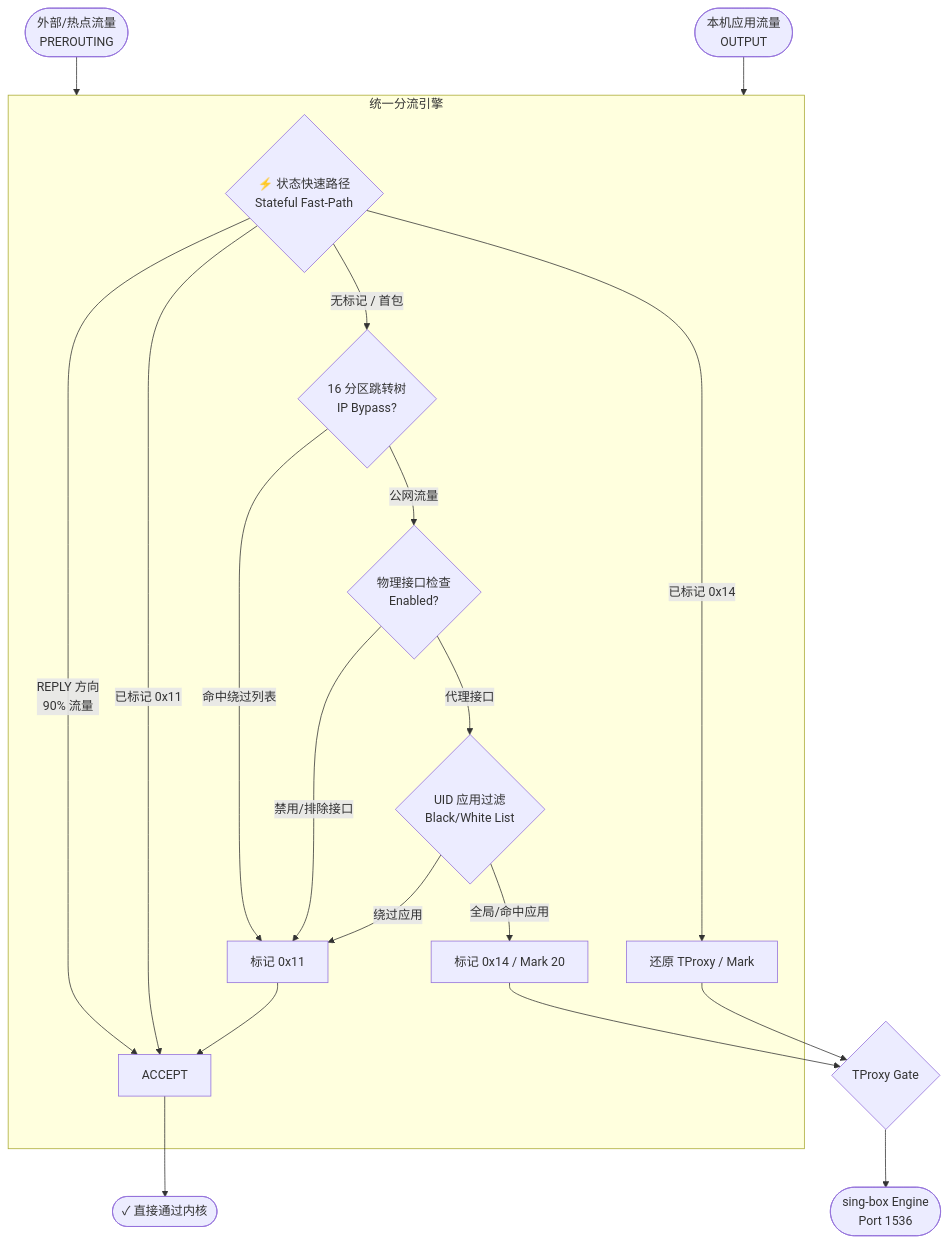
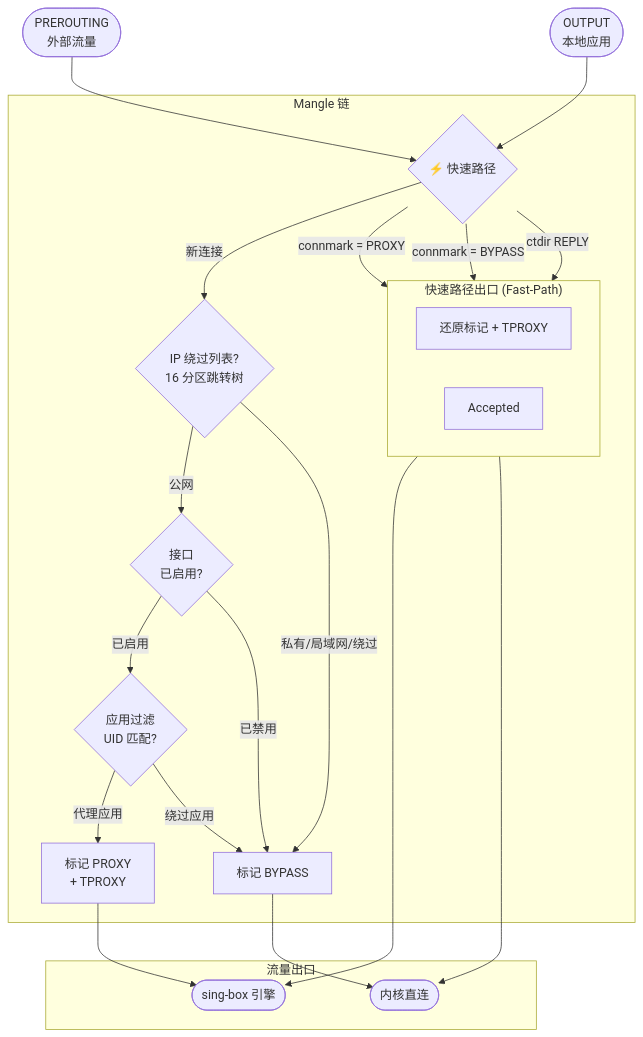
The second of 2 diagrams in README_zh.md (Chth1z/Flux), drawn with Mermaid before and after one commit. The commit also changed other lines of this file and 2 other files, not shown here.

````diff
--- a/README_zh.md
+++ b/README_zh.md
@@ -106,37 +100,48 @@
 ```mermaid
 graph TD
-    %% 入口
-    In_Pre([外部/热点流量<br/>PREROUTING]) --> Common
-    In_Out([本机应用流量<br/>OUTPUT]) --> Common
+    Pre([PREROUTING<br/>外部流量]) --> Fast
+    Out([OUTPUT<br/>本地应用]) --> Fast
 
-    subgraph Common [统一分流引擎]
-        %% 第一层：⚡ 快速路径
-        Fast{⚡ 状态快速路径<br/>Stateful Fast-Path}
+    subgraph Chain ["Mangle 链"]
+        Fast{⚡ 快速路径}
         
-        Fast -->|REPLY 方向<br/>90% 流量| ACCEPT
-        Fast -->|已标记 0x11| ACCEPT
-        Fast -->|已标记 0x14| Recovery[还原 TProxy / Mark]
+        subgraph Shortcuts ["快速路径出口 (Fast-Path)"]
+            direction LR
+            Recover[还原标记 + TPROXY]
+            Accepted[Accepted]
+        end
 
-        %% 第二层：🐢 慢速判定 (新连接)
-        Fast -- "无标记 / 首包" --> IP_Jump{16 分区跳转树<br/>IP Bypass?}
+        %% 代理路径 (左侧)
+        Fast -->|"connmark = PROXY"| Recover
         
-        IP_Jump -->|命中绕过列表| Set_Bypass[标记 0x11]
+        %% 绕过路径 (右侧)
+        Fast -->|"connmark = BYPASS"| Accepted
+        Fast -->|"ctdir REPLY"| Accepted
+
+        %% 决策路径 (右侧偏下)
+        Fast -- "新连接" --> IPCheck
         
-        IP_Jump -- "公网流量" --> Iface{物理接口检查<br/>Enabled?}
+        IPCheck{IP 绕过列表?<br/>16 分区跳转树}
+        IPCheck -->|公网| IfCheck
+        IPCheck -->|私有/局域网/绕过| SetBypass[标记 BYPASS]
         
-        Iface -->|禁用/排除接口| Set_Bypass
+        IfCheck{接口<br/>已启用?}
+        IfCheck -->|已启用| AppCheck
+        IfCheck -->|已禁用| SetBypass
         
-        Iface -- "代理接口" --> App{UID 应用过滤<br/>Black/White List}
-        
-        App -->|绕过应用| Set_Bypass
-        App -->|全局/命中应用| Set_Proxy[标记 0x14 / Mark 20]
+        AppCheck{应用过滤<br/>UID 匹配?}
+        AppCheck -->|代理应用| SetProxy[标记 PROXY<br/>+ TPROXY]
+        AppCheck -->|绕过应用| SetBypass
     end
 
-    %% 最终出口
-    Set_Bypass --> ACCEPT
-    Set_Proxy --> Gate{TProxy Gate}
-    Recovery --> Gate
-
-    Gate --> Sink([sing-box Engine<br/>Port 1536])
-    ACCEPT --> End([✓ 直接通过内核])
+    Recover --> SingBox
+    SetProxy --> SingBox
+    
+    Accepted --> Bypass
+    SetBypass --> Bypass
+    
+    subgraph Exit ["流量出口"]
+        SingBox([sing-box 引擎])
+        Bypass([内核直连])
+    end
 ```
````
